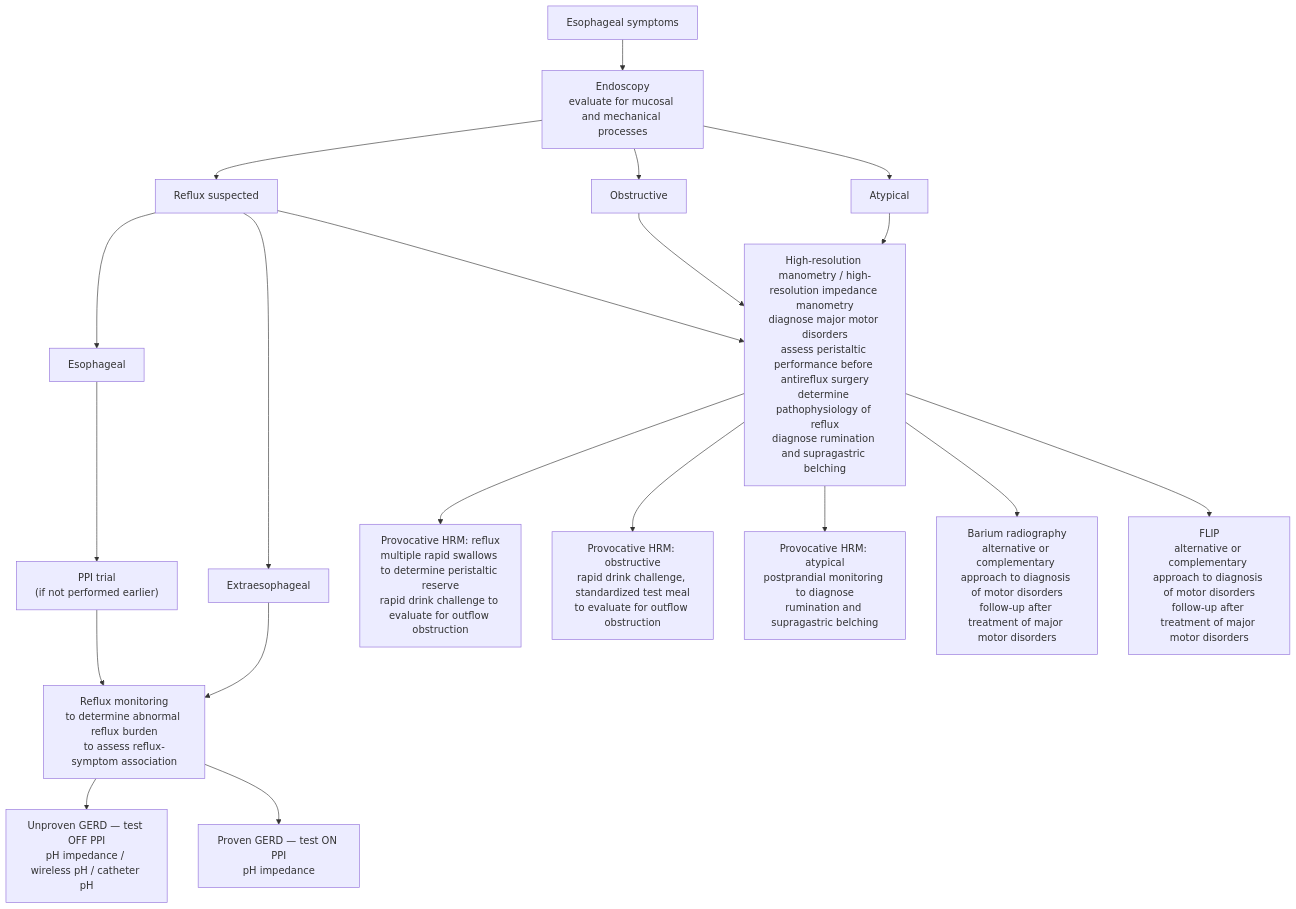
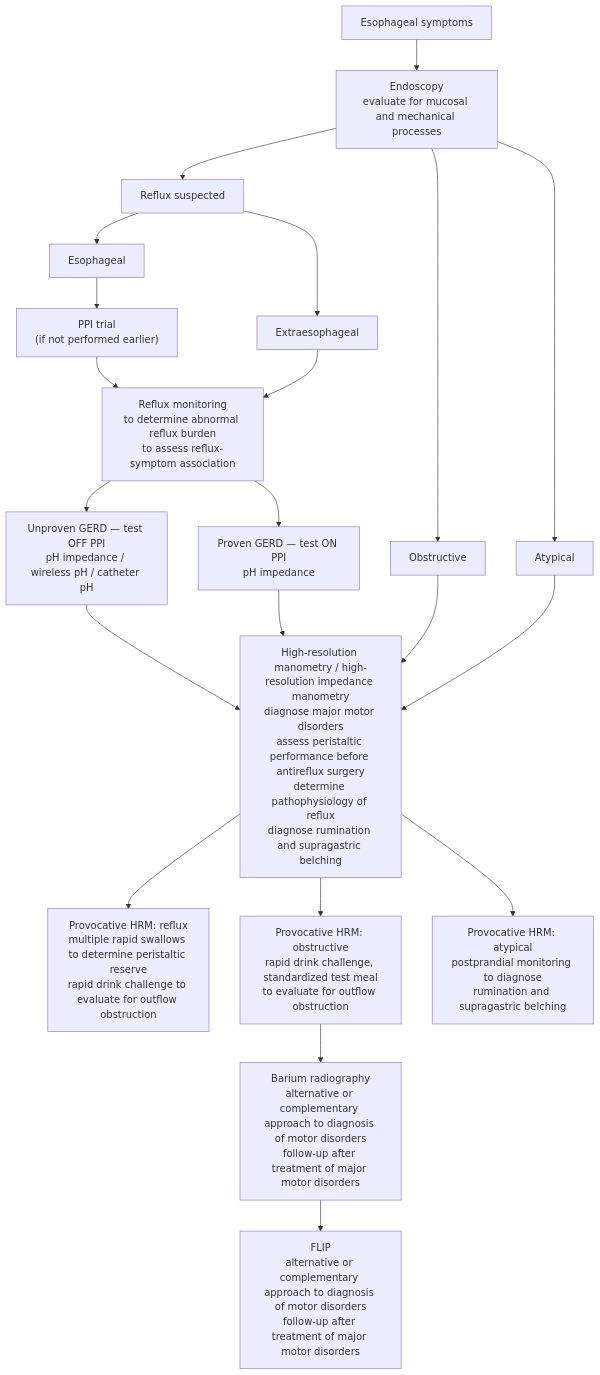
One commit to KHNickLeMD/KHNL-GI-Wiki changed the diagram in KHNL-GI-Wiki/wiki/sources/acg-2020-esophageal-physiologic-testing.md. Above: the diagram before and after it, drawn with Mermaid. The commit also changed other lines of this file and 21 other files, not shown here.

````diff
--- a/KHNL-GI-Wiki/wiki/sources/acg-2020-esophageal-physiologic-testing.md
+++ b/KHNL-GI-Wiki/wiki/sources/acg-2020-esophageal-physiologic-testing.md
@@ -164,26 +165,27 @@
 ```mermaid
 flowchart TD
     A["Esophageal symptoms"] --> B["Endoscopy<br/>evaluate for mucosal and mechanical processes"]
     B --> C["Reflux suspected"]
     B --> D["Obstructive"]
     B --> E["Atypical"]
 
     C --> C1["Esophageal"]
     C --> C2["Extraesophageal"]
     C1 --> C3["PPI trial<br/>(if not performed earlier)"]
     C3 --> R["Reflux monitoring<br/>to determine abnormal reflux burden<br/>to assess reflux-symptom association"]
     C2 --> R
     R --> R1["Unproven GERD — test OFF PPI<br/>pH impedance / wireless pH / catheter pH"]
     R --> R2["Proven GERD — test ON PPI<br/>pH impedance"]
 
-    C --> M["High-resolution manometry / high-resolution impedance manometry<br/>diagnose major motor disorders<br/>assess peristaltic performance before antireflux surgery<br/>determine pathophysiology of reflux<br/>diagnose rumination and supragastric belching"]
+    R1 --> M["High-resolution manometry / high-resolution impedance manometry<br/>diagnose major motor disorders<br/>assess peristaltic performance before antireflux surgery<br/>determine pathophysiology of reflux<br/>diagnose rumination and supragastric belching"]
+    R2 --> M
     D --> M
     E --> M
 
     M --> P1["Provocative HRM: reflux<br/>multiple rapid swallows to determine peristaltic reserve<br/>rapid drink challenge to evaluate for outflow obstruction"]
     M --> P2["Provocative HRM: obstructive<br/>rapid drink challenge, standardized test meal<br/>to evaluate for outflow obstruction"]
     M --> P3["Provocative HRM: atypical<br/>postprandial monitoring to diagnose<br/>rumination and supragastric belching"]
 
-    M --> BA["Barium radiography<br/>alternative or complementary approach to diagnosis of motor disorders<br/>follow-up after treatment of major motor disorders"]
-    M --> FL["FLIP<br/>alternative or complementary approach to diagnosis of motor disorders<br/>follow-up after treatment of major motor disorders"]
+    P2 --> BA["Barium radiography<br/>alternative or complementary approach to diagnosis of motor disorders<br/>follow-up after treatment of major motor disorders"]
+    BA --> FL["FLIP<br/>alternative or complementary approach to diagnosis of motor disorders<br/>follow-up after treatment of major motor disorders"]
 ```
````
